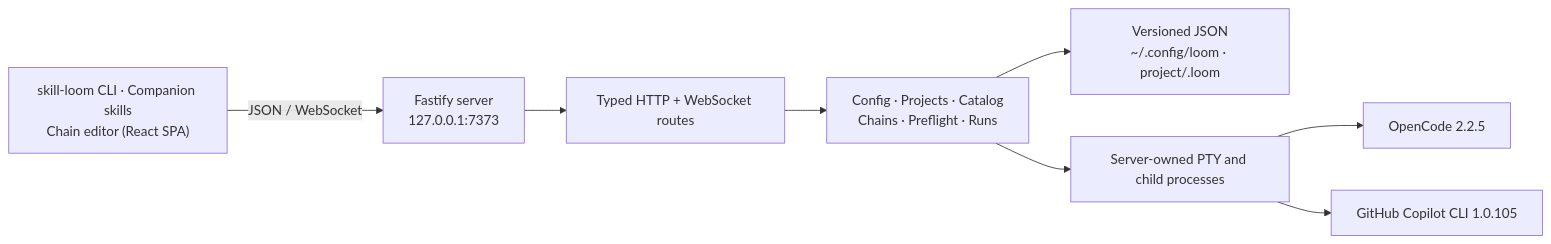
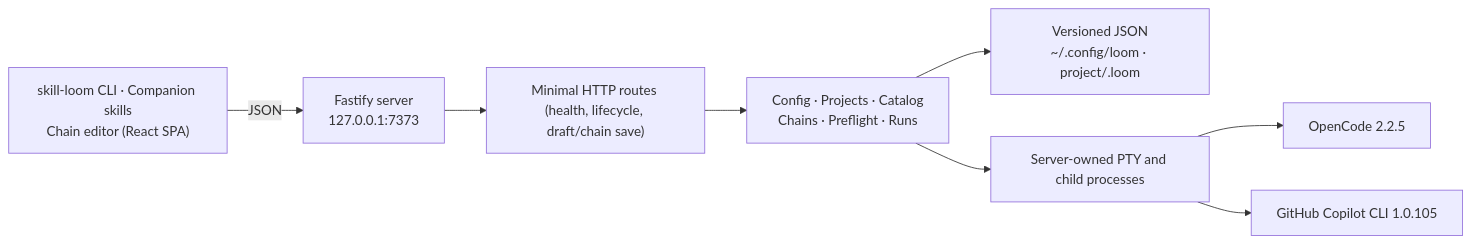
The diagram in README.md (McFuzzySquirrel/skill-loom), drawn with Mermaid before and after one commit. The commit also changed other lines of this file and 58 other files, not shown here.

First line of the commit message:
Trim HTTP API to the routes the chain editor needs

````diff
--- a/README.md
+++ b/README.md
@@ -101,19 +101,19 @@
 ```mermaid
 flowchart LR
   Browser["skill-loom CLI · Companion skills<br/>Chain editor (React SPA)"]
   API["Fastify server<br/>127.0.0.1:7373"]
-  Routes["Typed HTTP + WebSocket routes"]
+  Routes["Minimal HTTP routes (health, lifecycle, draft/chain save)"]
   Services["Config · Projects · Catalog<br/>Chains · Preflight · Runs"]
   Store["Versioned JSON<br/>~/.config/loom · project/.loom"]
   PTY["Server-owned PTY and child processes"]
   OpenCode["OpenCode 2.2.5"]
   Copilot["GitHub Copilot CLI 1.0.105"]
 
-  Browser -->|"JSON / WebSocket"| API
+  Browser -->|"JSON"| API
   API --> Routes
   Routes --> Services
   Services --> Store
   Services --> PTY
   PTY --> OpenCode
   PTY --> Copilot
 ```
````
